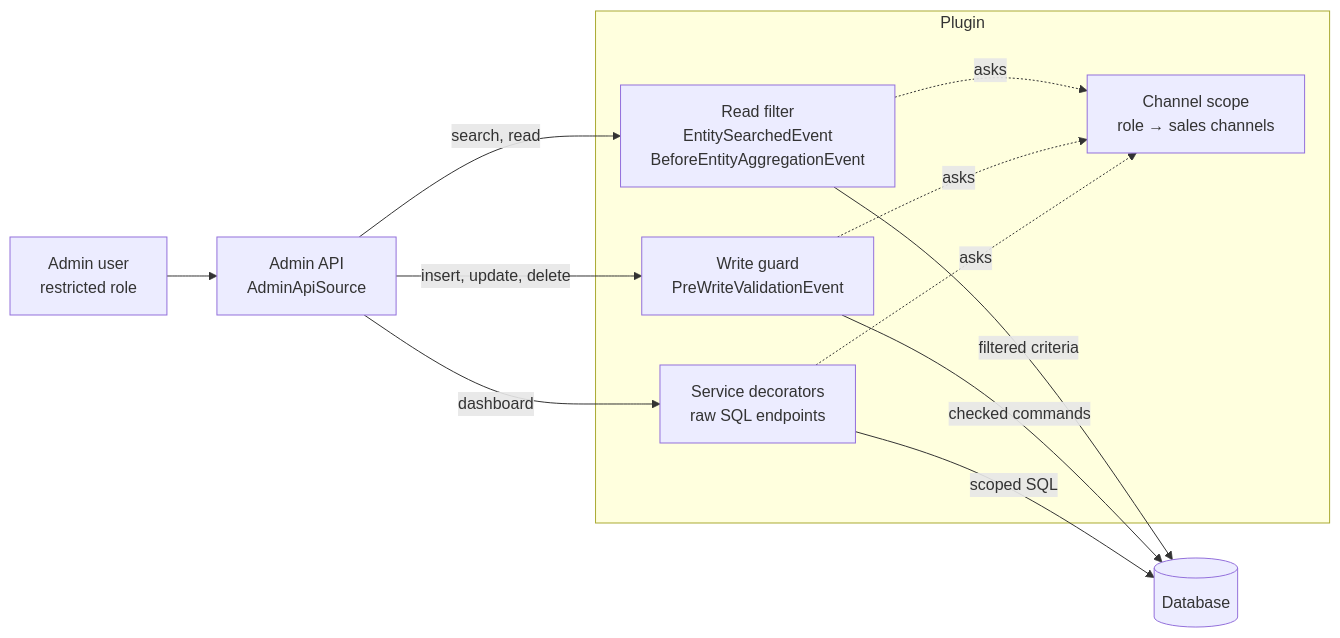
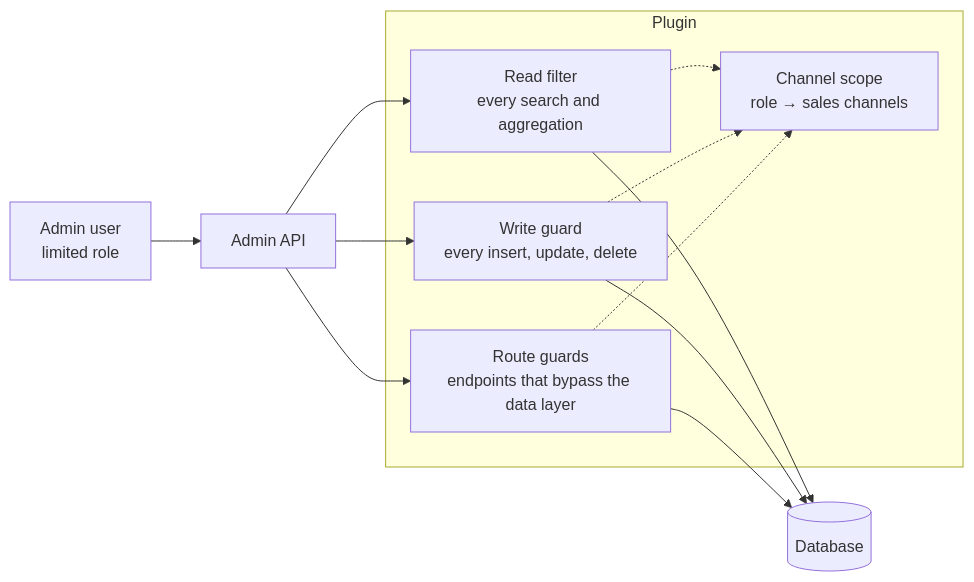
Before and after one commit to mnaczenski/MnSalesChannelScope: the diagram in README.md, drawn with Mermaid. The commit also changed other lines of this file and 62 other files, not shown here.

````diff
--- a/README.md
+++ b/README.md
@@ -99,19 +70,16 @@
 ```mermaid
 flowchart LR
-    U[Admin user<br/>restricted role] --> API[Admin API<br/>AdminApiSource]
+    U[Admin user<br/>limited role] --> API[Admin API]
     subgraph Plugin
         S[Channel scope<br/>role → sales channels]
-        R[Read filter<br/>EntitySearchedEvent<br/>BeforeEntityAggregationEvent]
-        W[Write guard<br/>PreWriteValidationEvent]
-        D[Service decorators<br/>raw SQL endpoints]
-        R -.asks.-> S
-        W -.asks.-> S
-        D -.asks.-> S
+        R[Read filter<br/>every search and aggregation]
+        W[Write guard<br/>every insert, update, delete]
+        G[Route guards<br/>endpoints that bypass the data layer]
     end
-    API -->|search, read| R
-    API -->|insert, update, delete| W
-    API -->|dashboard| D
-    R -->|filtered criteria| DB[(Database)]
-    W -->|checked commands| DB
-    D -->|scoped SQL| DB
+    API --> R --> DB[(Database)]
+    API --> W --> DB
+    API --> G --> DB
+    R -.-> S
+    W -.-> S
+    G -.-> S
 ```
````
